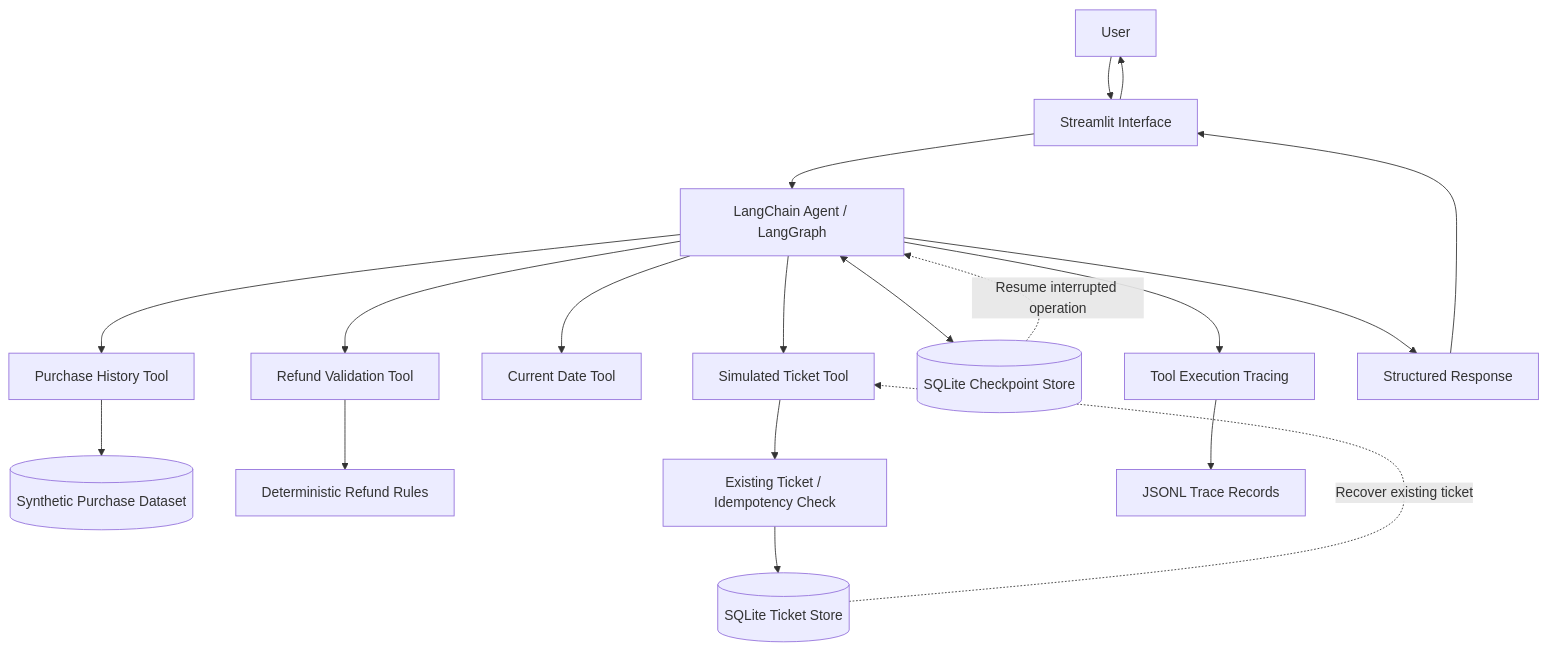
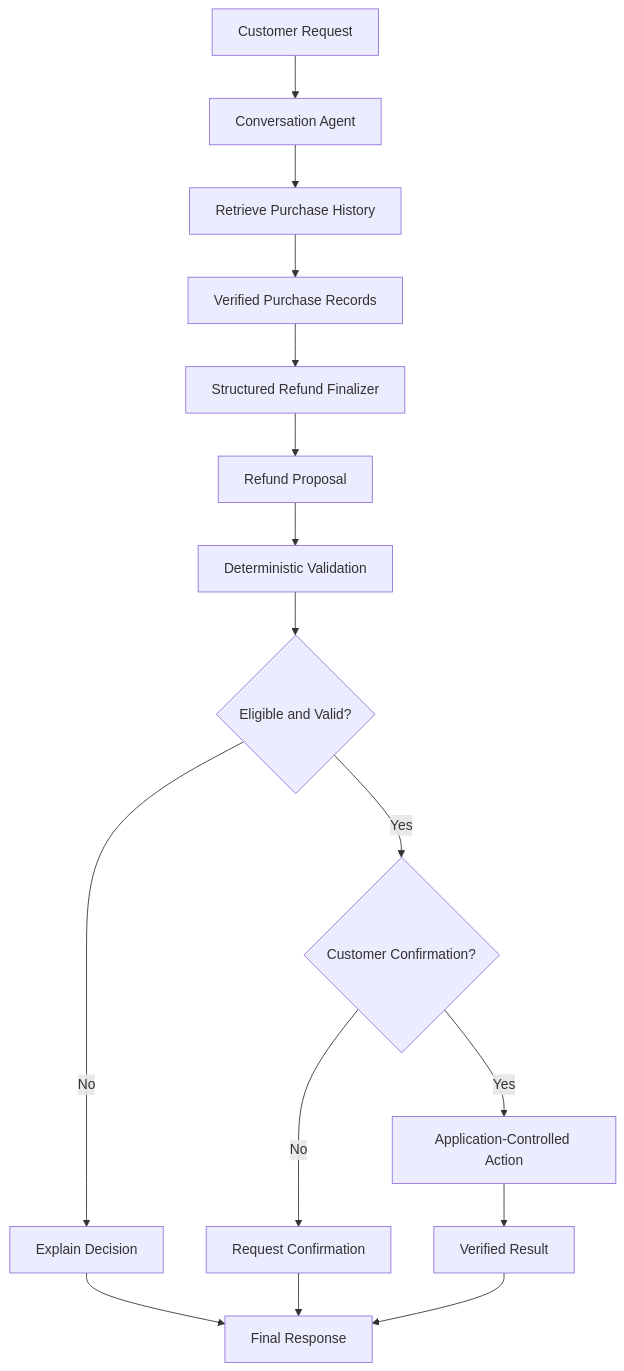
One commit to rj1230/agent_audit changed the diagram in README.md. Above: the diagram before and after it, drawn with Mermaid. The commit also changed other lines of this file, not shown here.

````diff
--- a/README.md
+++ b/README.md
@@ -27,26 +77,18 @@
 ```mermaid
 flowchart TD
-    U[User] --> UI[Streamlit Interface]
-    UI --> A[LangChain Agent / LangGraph]
-
-    A --> PH[Purchase History Tool]
-    A --> RV[Refund Validation Tool]
-    A --> CD[Current Date Tool]
-    A --> IT[Simulated Ticket Tool]
-
-    PH --> DATA[(Synthetic Purchase Dataset)]
-    RV --> RULES[Deterministic Refund Rules]
-    IT --> IDEM[Existing Ticket / Idempotency Check]
-    IDEM --> TS[(SQLite Ticket Store)]
-
-    A <--> CP[(SQLite Checkpoint Store)]
-    A --> TR[Tool Execution Tracing]
-    TR --> JL[JSONL Trace Records]
-
-    A --> SR[Structured Response]
-    SR --> UI
-    UI --> U
-
-    CP -. Resume interrupted operation .-> A
-    TS -. Recover existing ticket .-> IT
+    A[Customer Request] --> B[Conversation Agent]
+    B --> C[Retrieve Purchase History]
+    C --> D[Verified Purchase Records]
+    D --> E[Structured Refund Finalizer]
+    E --> F[Refund Proposal]
+    F --> G[Deterministic Validation]
+    G --> H{Eligible and Valid?}
+    H -->|No| I[Explain Decision]
+    H -->|Yes| J{Customer Confirmation?}
+    J -->|No| K[Request Confirmation]
+    J -->|Yes| L[Application-Controlled Action]
+    L --> M[Verified Result]
+    I --> N[Final Response]
+    K --> N
+    M --> N
 ```
````
